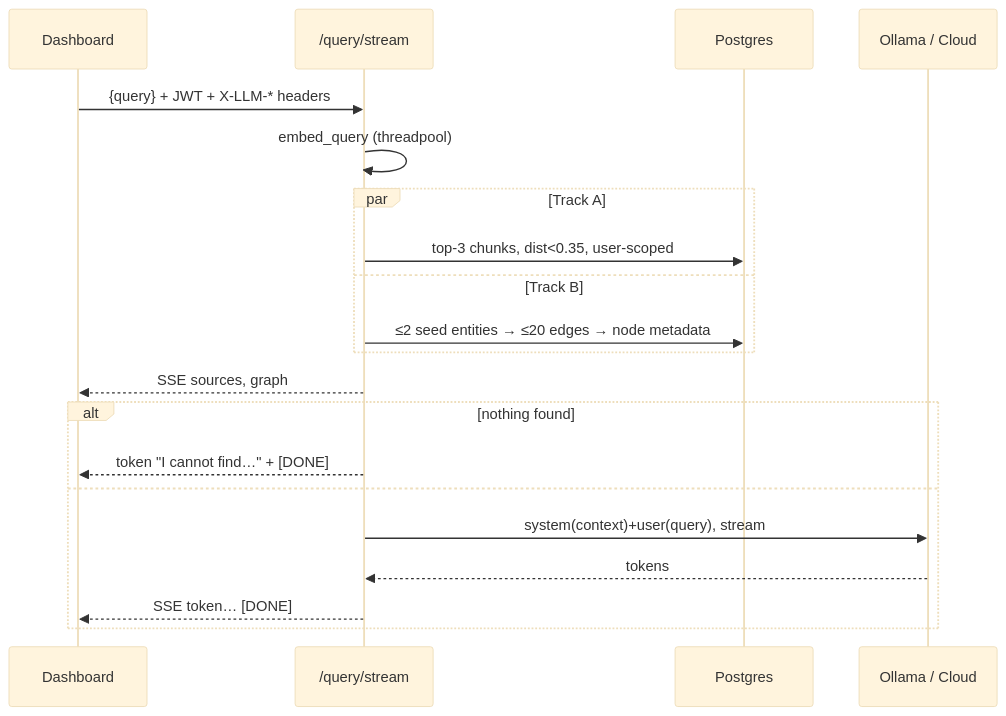
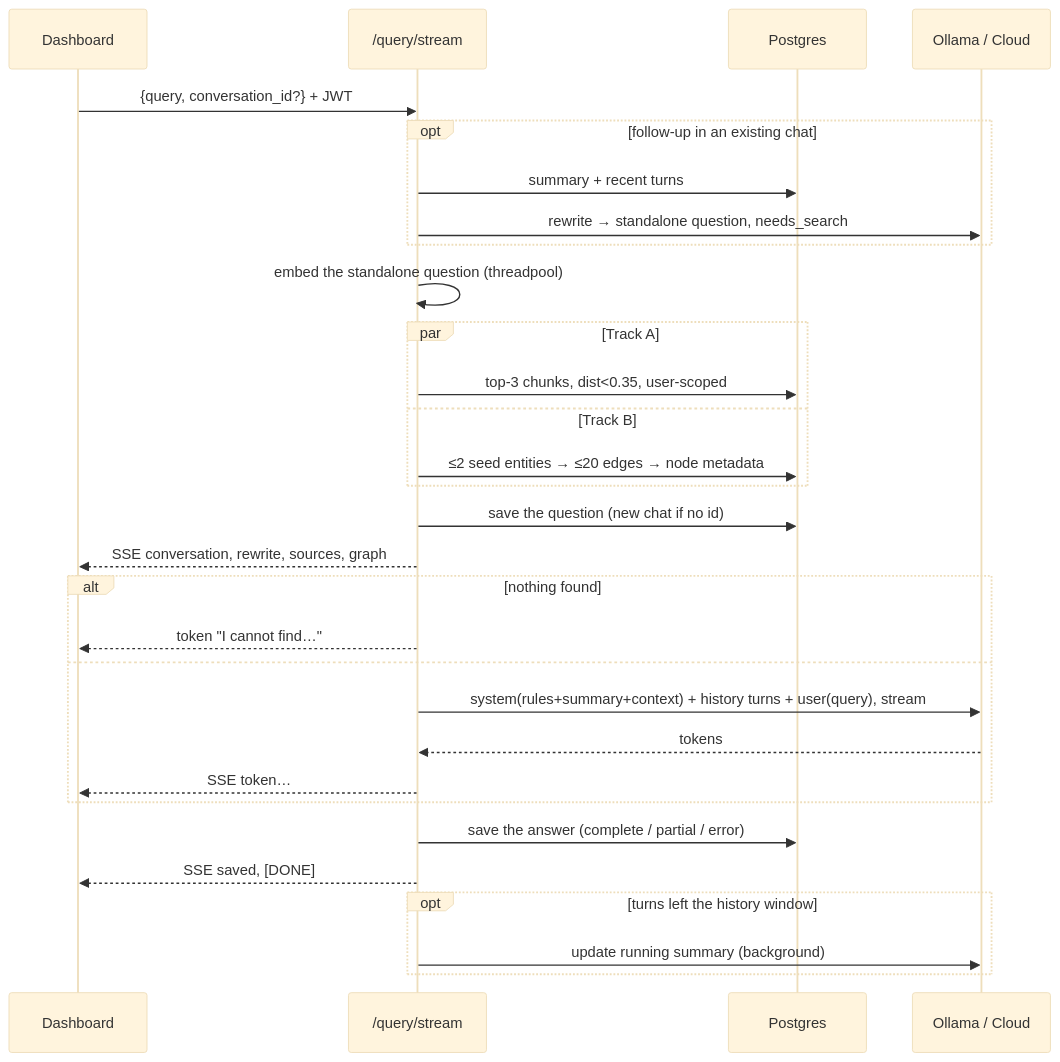
One commit to Vasu-Rocks/Personal-Knowledge-Operating-System-PKOS- changed the third of 3 diagrams in docs/03_ARCHITECTURE.md. Above: the diagram before and after it, drawn with Mermaid (base theme). The commit also changed other lines of this file and 8 other files, not shown here.

First line of the commit message:
feat(chats): step 7 - import, docs and 0.5.0: saved chats and conversation memory complete

````diff
--- a/docs/03_ARCHITECTURE.md
+++ b/docs/03_ARCHITECTURE.md
@@ -222,22 +234,32 @@
 ```mermaid
 sequenceDiagram
   participant UI as Dashboard
   participant API as /query/stream
   participant DB as Postgres
   participant LLM as Ollama / Cloud
-  UI->>API: {query} + JWT + X-LLM-* headers
-  API->>API: embed_query (threadpool)
+  UI->>API: {query, conversation_id?} + JWT
+  opt follow-up in an existing chat
+    API->>DB: summary + recent turns
+    API->>LLM: rewrite → standalone question, needs_search
+  end
+  API->>API: embed the standalone question (threadpool)
   par Track A
     API->>DB: top-3 chunks, dist<0.35, user-scoped
   and Track B
     API->>DB: ≤2 seed entities → ≤20 edges → node metadata
   end
-  API-->>UI: SSE sources, graph
+  API->>DB: save the question (new chat if no id)
+  API-->>UI: SSE conversation, rewrite, sources, graph
   alt nothing found
-    API-->>UI: token "I cannot find…" + [DONE]
+    API-->>UI: token "I cannot find…"
   else
-    API->>LLM: system(context)+user(query), stream
+    API->>LLM: system(rules+summary+context) + history turns + user(query), stream
     LLM-->>API: tokens
-    API-->>UI: SSE token… [DONE]
+    API-->>UI: SSE token…
+  end
+  API->>DB: save the answer (complete / partial / error)
+  API-->>UI: SSE saved, [DONE]
+  opt turns left the history window
+    API->>LLM: update running summary (background)
   end
 ```
````
